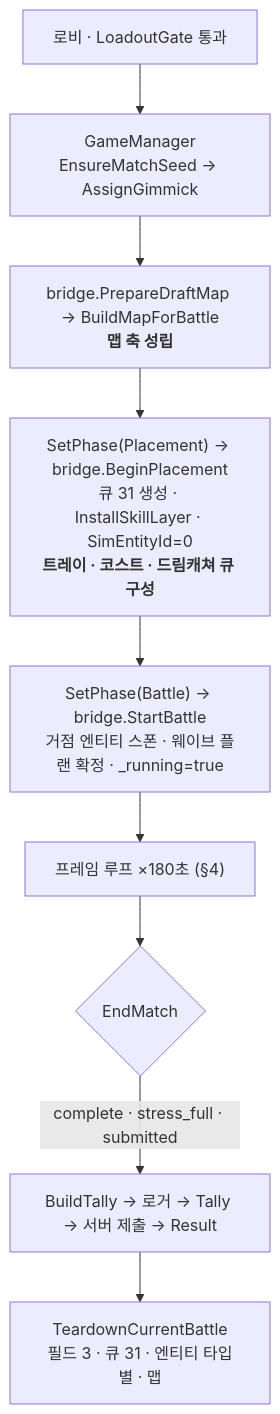
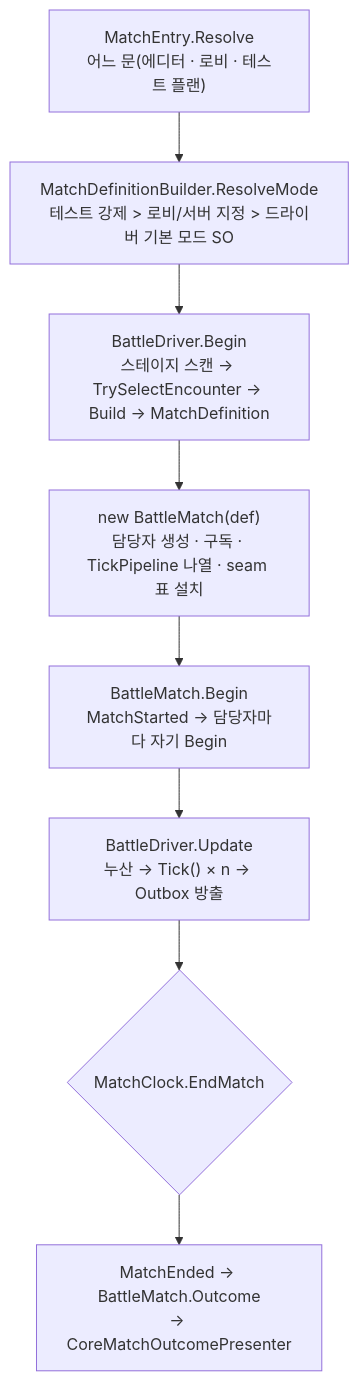
The second of 2 diagrams in docs/reference/battle-core-architecture.md (wasssupman/dreamsquad-demo), drawn with Mermaid before and after one commit. The commit also changed other lines of this file and 18 other files, not shown here.

First line of the commit message:
docs(battle-core-rebuild): 9 — 참조 문서 18편을 전투 코어 기준으로

````diff
--- a/docs/reference/battle-core-architecture.md
+++ b/docs/reference/battle-core-architecture.md
@@ -259,11 +251,10 @@
 ```mermaid
 flowchart TD
-    L["로비 · LoadoutGate 통과"] --> S["GameManager<br/>EnsureMatchSeed → AssignGimmick"]
-    S --> M["bridge.PrepareDraftMap → BuildMapForBattle<br/><b>맵 축 성립</b>"]
-    M --> P["SetPhase(Placement) → bridge.BeginPlacement<br/>큐 31 생성 · InstallSkillLayer · SimEntityId=0<br/><b>트레이 · 코스트 · 드림캐쳐 큐 구성</b>"]
-    P --> B["SetPhase(Battle) → bridge.StartBattle<br/>거점 엔티티 스폰 · 웨이브 플랜 확정 · _running=true"]
-    B --> F["프레임 루프 ×180초 (§4)"]
-    F --> E{"EndMatch"}
-    E -->|"complete · stress_full · submitted"| T["BuildTally → 로거 → Tally → 서버 제출 → Result"]
-    T --> D["TeardownCurrentBattle<br/>필드 3 · 큐 31 · 엔티티 타입별 · 맵"]
+    E["MatchEntry.Resolve<br/>어느 문(에디터 · 로비 · 테스트 플랜)"] --> M["MatchDefinitionBuilder.ResolveMode<br/>테스트 강제 > 로비/서버 지정 > 드라이버 기본 모드 SO"]
+    M --> B["BattleDriver.Begin<br/>스테이지 스캔 → TrySelectEncounter → Build → MatchDefinition"]
+    B --> C["new BattleMatch(def)<br/>담당자 생성 · 구독 · TickPipeline 나열 · seam 표 설치"]
+    C --> G["BattleMatch.Begin<br/>MatchStarted → 담당자마다 자기 Begin"]
+    G --> T["BattleDriver.Update<br/>누산 → Tick() × n → Outbox 방출"]
+    T --> X{"MatchClock.EndMatch"}
+    X --> O["MatchEnded → BattleMatch.Outcome<br/>→ CoreMatchOutcomePresenter"]
 ```
````
